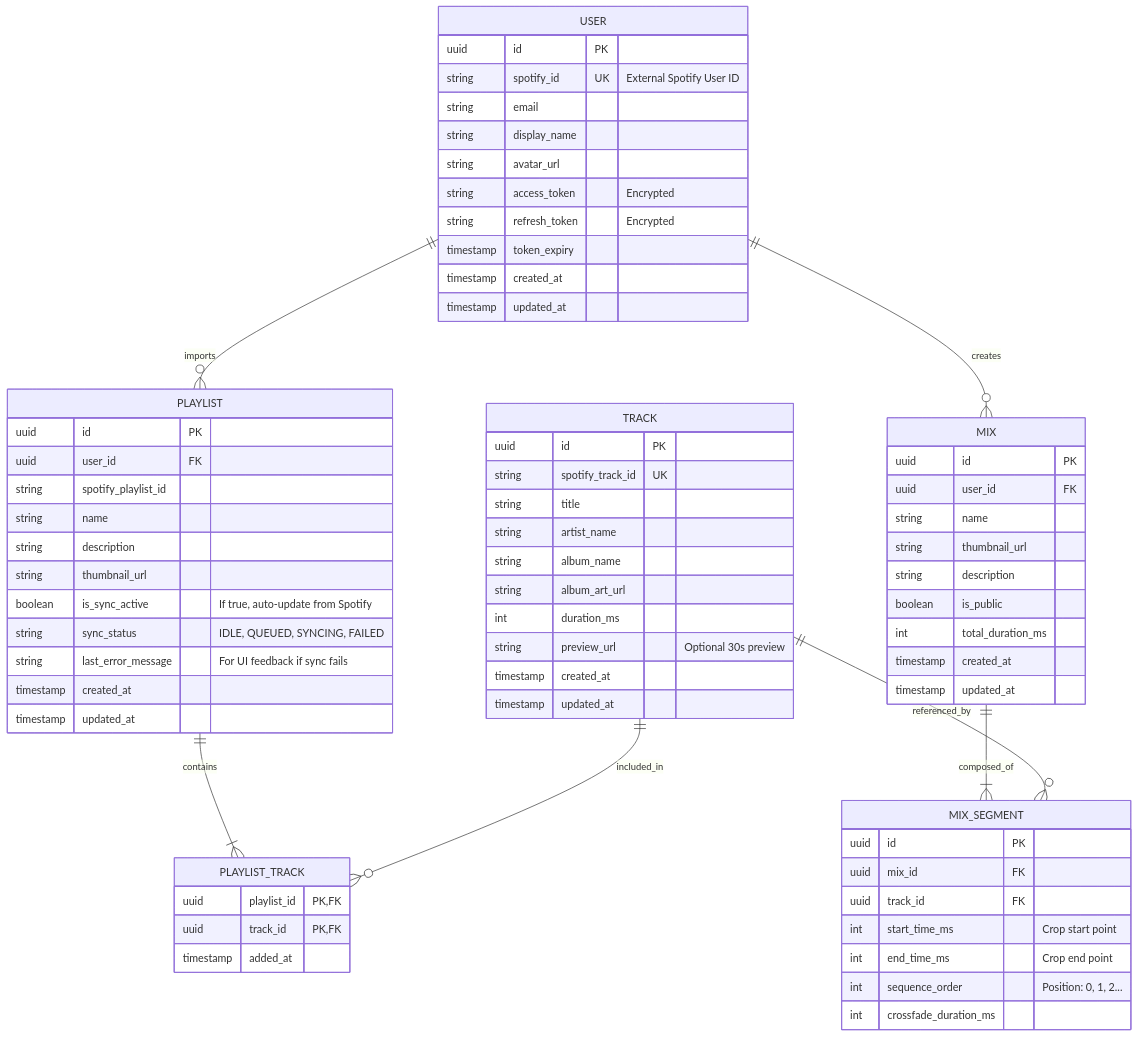
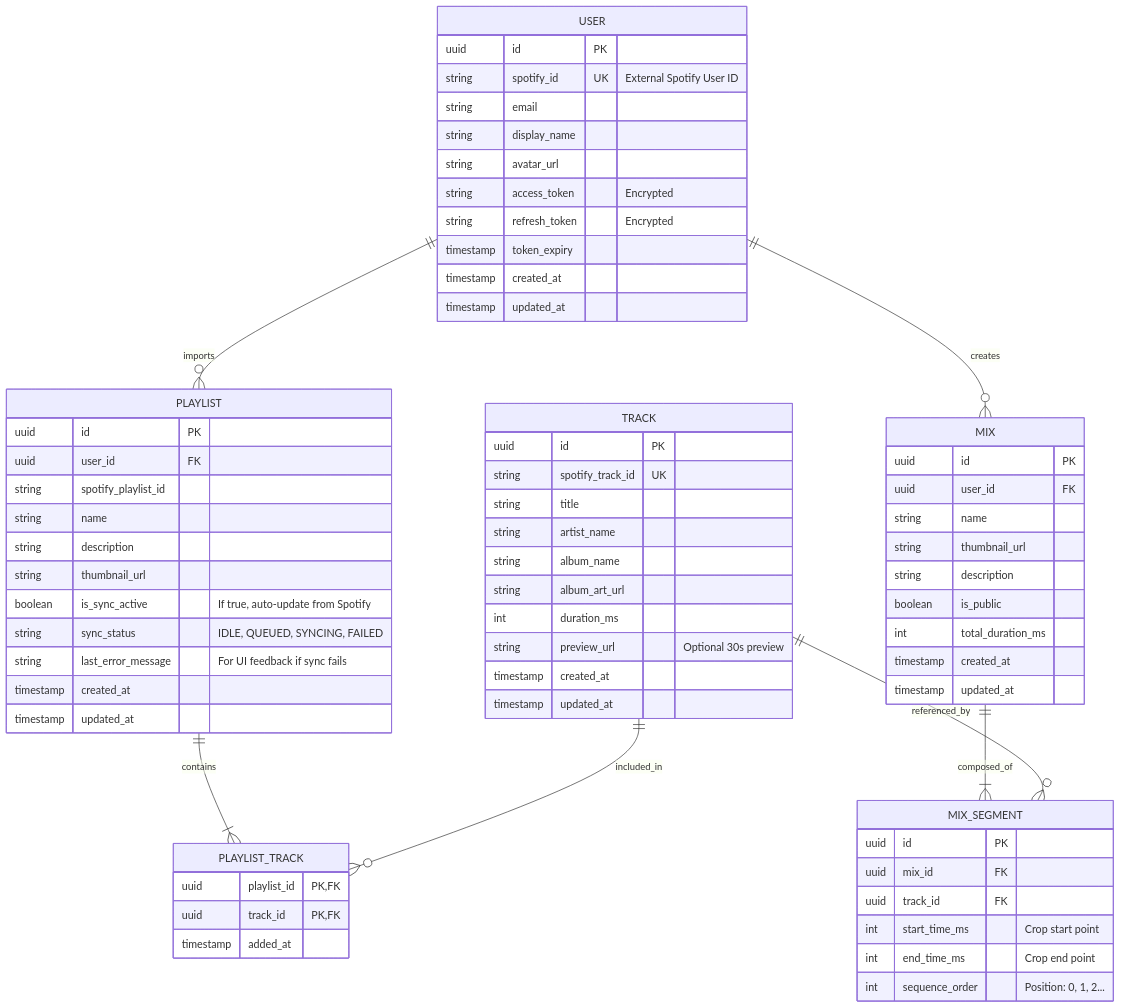
Before and after one commit to BrandonCravener/HyperReps: the diagram in docs/architecture/ERD.mmd, drawn with Mermaid. The commit also changed 7 other files, not shown here.

Commit message:
feat: remove crossfade from ERD #1, fix EF compatibility

```diff
--- a/docs/architecture/ERD.mmd
+++ b/docs/architecture/ERD.mmd
@@ -1,85 +1,84 @@
 erDiagram
     %% CORE USER MANAGEMENT
     USER {
         uuid id PK
         string spotify_id UK "External Spotify User ID"
         string email
         string display_name
         string avatar_url
         string access_token "Encrypted"
         string refresh_token "Encrypted"
         timestamp token_expiry
         timestamp created_at
         timestamp updated_at
     }
 
     %% SPOTIFY DATA CACHING
     %% Local cache of track metadata
     TRACK {
         uuid id PK
         string spotify_track_id UK
         string title
         string artist_name
         string album_name
         string album_art_url
         int duration_ms
         string preview_url "Optional 30s preview"
         timestamp created_at
         timestamp updated_at
     }
 
     %% PLAYLIST IMPORTING
     %% Updated with Sync Status fields
     PLAYLIST {
         uuid id PK
         uuid user_id FK
         string spotify_playlist_id
         string name
         string description
         string thumbnail_url
         boolean is_sync_active "If true, auto-update from Spotify"
         string sync_status "IDLE, QUEUED, SYNCING, FAILED"
         string last_error_message "For UI feedback if sync fails"
         timestamp created_at
         timestamp updated_at
     }
 
     %% JOIN TABLE: PLAYLIST <-> TRACK
     PLAYLIST_TRACK {
         uuid playlist_id PK, FK
         uuid track_id PK, FK
         timestamp added_at
     }
 
     %% MIX CREATION
     MIX {
         uuid id PK
         uuid user_id FK
         string name
         string thumbnail_url
         string description
         boolean is_public
         int total_duration_ms
         timestamp created_at
         timestamp updated_at
     }
 
     %% MIX SEGMENTS
     %% Defines the start/stop times and order
     MIX_SEGMENT {
         uuid id PK
         uuid mix_id FK
         uuid track_id FK
         int start_time_ms "Crop start point"
         int end_time_ms "Crop end point"
         int sequence_order "Position: 0, 1, 2..."
-        int crossfade_duration_ms
     }
 
     %% RELATIONSHIPS
     USER ||--o{ PLAYLIST : "imports"
     USER ||--o{ MIX : "creates"
     PLAYLIST ||--|{ PLAYLIST_TRACK : "contains"
     TRACK ||--o{ PLAYLIST_TRACK : "included_in"
     MIX ||--|{ MIX_SEGMENT : "composed_of"
     TRACK ||--o{ MIX_SEGMENT : "referenced_by"
```
